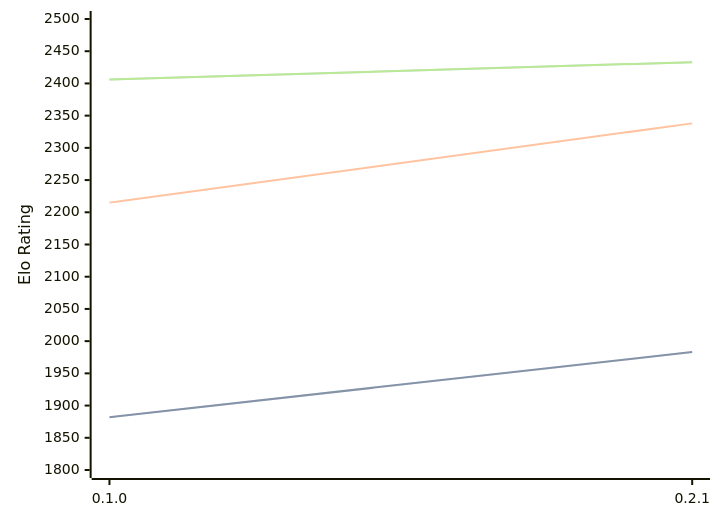
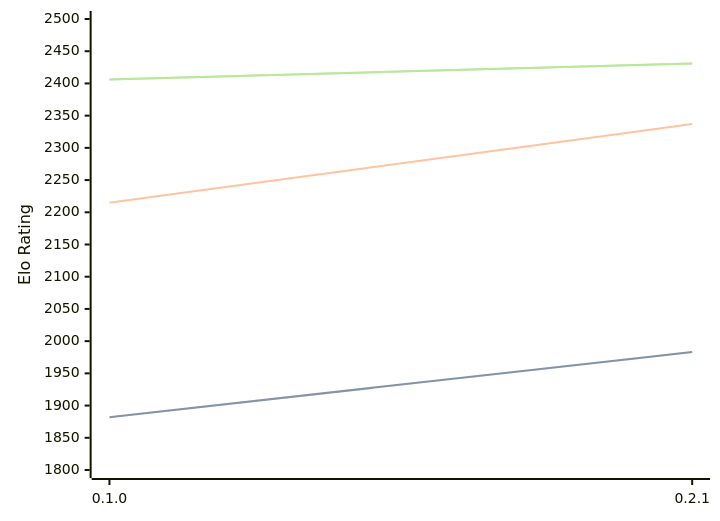
One commit to computer-chess-index/cci changed the diagram in engines/Sykora.md. Above: the diagram before and after it, drawn with Mermaid. The commit also changed other lines of this file, not shown here.

Commit message:
Update CCI Ratings (ELO VLTC) - 2026-06-10

````diff
--- a/engines/Sykora.md
+++ b/engines/Sykora.md
@@ -33,11 +33,11 @@
 ```mermaid
 %%{init: {"theme":"base","themeVariables":{"seriesColors:['#a3a3a3','#222221','#faa371']}}}%%
 xychart-beta
   x-axis ["0.1.0", "0.2.1"]
   y-axis "Elo Rating" 1800 --> 2500
   line "STC (8.0+0.08s)" [1882, 1983]
   line "STC (8.0+0.08s)" [1882, 1983]
-  line "LTC (60.0+0.60s)" [2215, 2338]
-  line "VLTC (2m24s+1.12s)" [2406, 2433]
-  line "VLTC (2m24s+1.12s)" [2406, 2433]
+  line "LTC (60.0+0.60s)" [2215, 2337]
+  line "VLTC (2m24s+1.12s)" [2406, 2431]
+  line "VLTC (2m24s+1.12s)" [2406, 2431]
 ```
````
